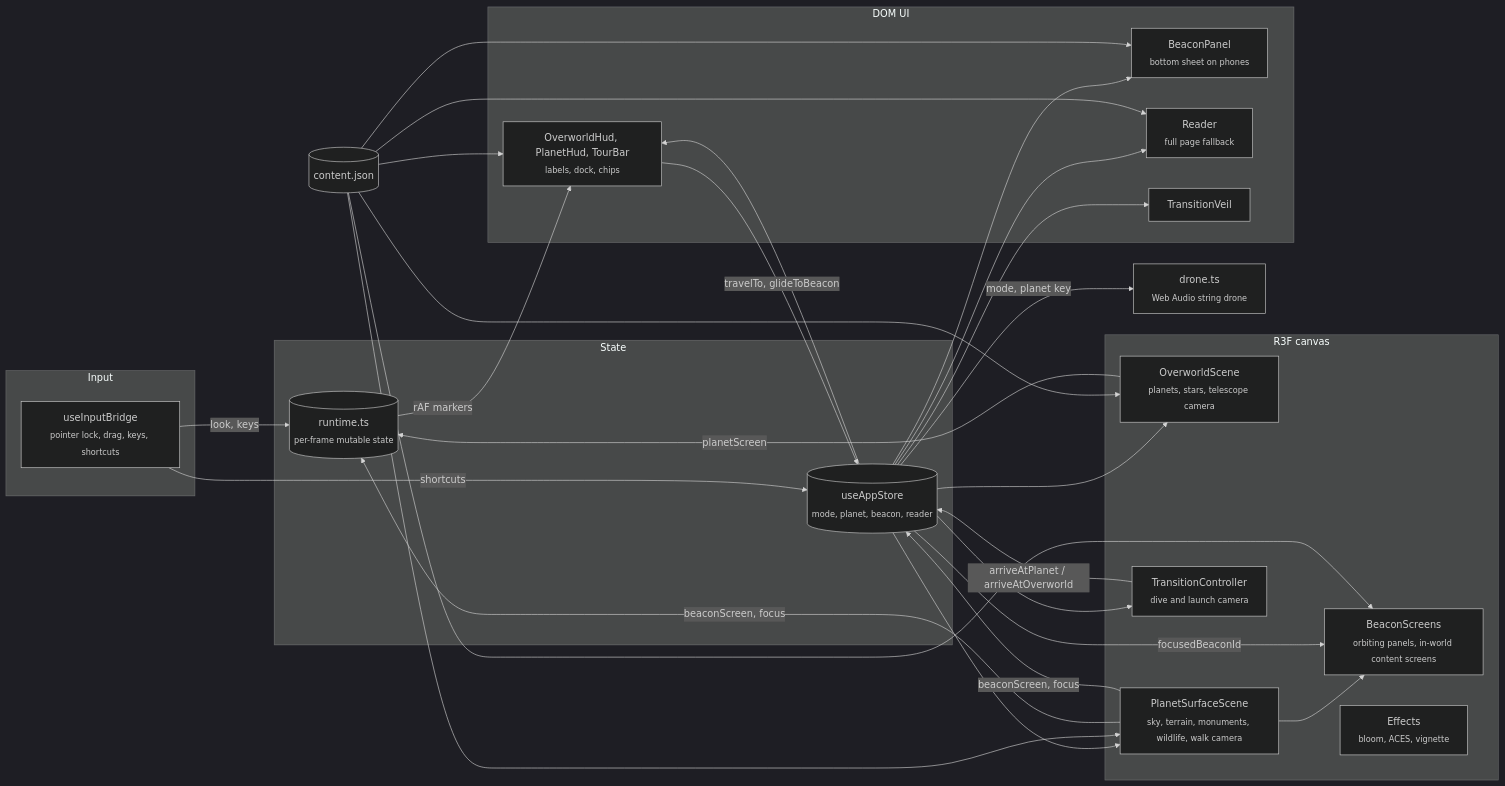
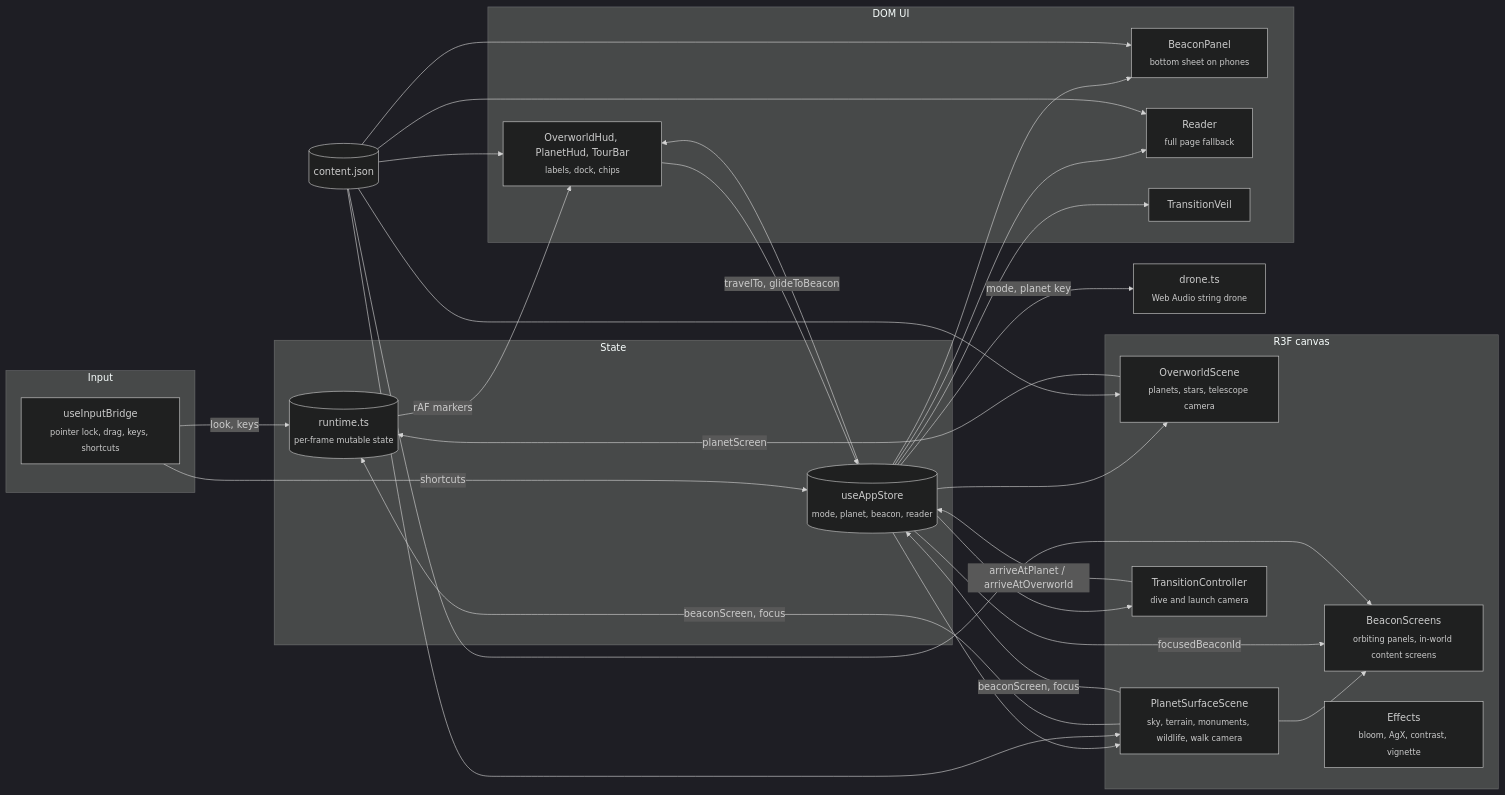
One commit to teddycitrus/portfolio changed the first of 2 diagrams in README.md. Above: the diagram before and after it, drawn with Mermaid (dark theme). The commit also changed other lines of this file and 17 other files, not shown here.

````diff
--- a/README.md
+++ b/README.md
@@ -19,38 +19,38 @@
 ```mermaid
 flowchart LR
   subgraph Input
     bridge["useInputBridge<br/><sub>pointer lock, drag, keys, shortcuts</sub>"]
   end
   subgraph State
     store[("useAppStore<br/><sub>mode, planet, beacon, reader</sub>")]
     runtime[("runtime.ts<br/><sub>per-frame mutable state</sub>")]
   end
   subgraph Canvas["R3F canvas"]
     overworld["OverworldScene<br/><sub>planets, stars, telescope camera</sub>"]
     surface["PlanetSurfaceScene<br/><sub>sky, terrain, monuments, wildlife, walk camera</sub>"]
     screens["BeaconScreens<br/><sub>orbiting panels, in-world content screens</sub>"]
     transition["TransitionController<br/><sub>dive and launch camera</sub>"]
-    fx["Effects<br/><sub>bloom, ACES, vignette</sub>"]
+    fx["Effects<br/><sub>bloom, AgX, contrast, vignette</sub>"]
   end
   subgraph DOM["DOM UI"]
     hud["OverworldHud, PlanetHud, TourBar<br/><sub>labels, dock, chips</sub>"]
     panel["BeaconPanel<br/><sub>bottom sheet on phones</sub>"]
     reader["Reader<br/><sub>full page fallback</sub>"]
     veil["TransitionVeil"]
   end
   content[("content.json")]
   drone["drone.ts<br/><sub>Web Audio string drone</sub>"]
 
   bridge -->|"look, keys"| runtime
   bridge -->|"shortcuts"| store
   store --> overworld & surface & transition & hud & panel & reader & veil
   overworld -->|"planetScreen"| runtime
   surface -->|"beaconScreen, focus"| runtime & store
   runtime -->|"rAF markers"| hud
   surface --> screens
   store -->|"focusedBeaconId"| screens
   store -->|"mode, planet key"| drone
   content --> overworld & surface & hud & panel & reader & screens
   hud -->|"travelTo, glideToBeacon"| store
   transition -->|"arriveAtPlanet / arriveAtOverworld"| store
 ```
````
